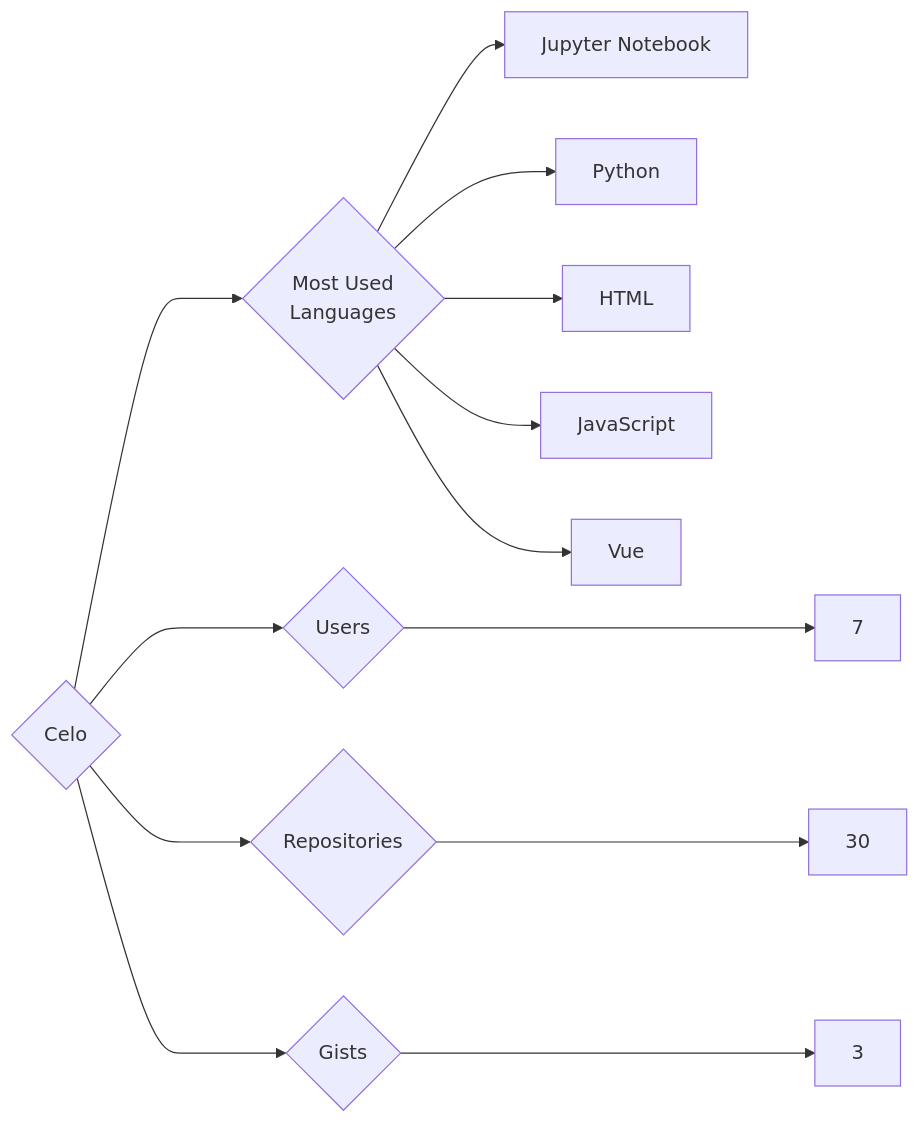
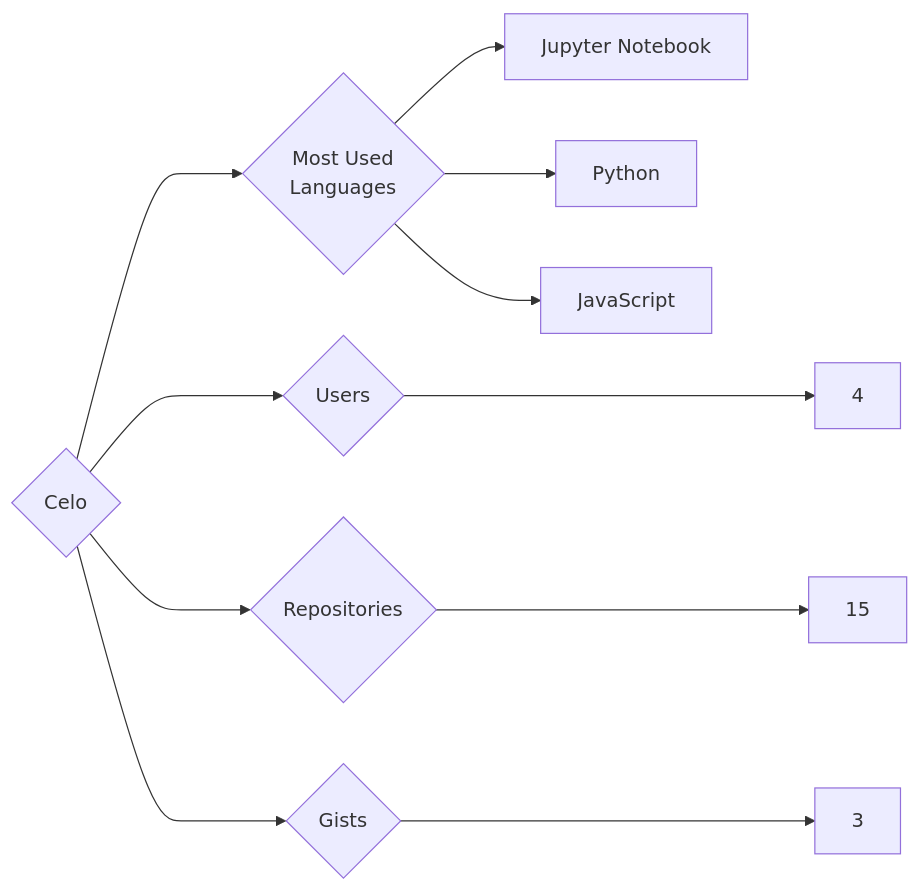
The diagram in targets/Celo/README.md (trickest/insiders), drawn with Mermaid before and after one commit. The commit also changed 736 other files, not shown here.

````diff
--- a/targets/Celo/README.md
+++ b/targets/Celo/README.md
@@ -3,13 +3,11 @@
 ```mermaid
 graph LR
 COMPANY_NAME{Celo}
-COMPANY_NAME ---> U{Users} ---> UN[7]
-COMPANY_NAME ---> R{Repositories} ---> RN[30]
+COMPANY_NAME ---> U{Users} ---> UN[4]
+COMPANY_NAME ---> R{Repositories} ---> RN[15]
 COMPANY_NAME ---> G{Gists} ---> GN[3]
 COMPANY_NAME ---> ML{Most Used<br>Languages}
 ML --> Jupyter_Notebook[Jupyter Notebook]
 ML --> Python[Python]
-ML --> HTML[HTML]
 ML --> JavaScript[JavaScript]
-ML --> Vue[Vue]
 ```
````
